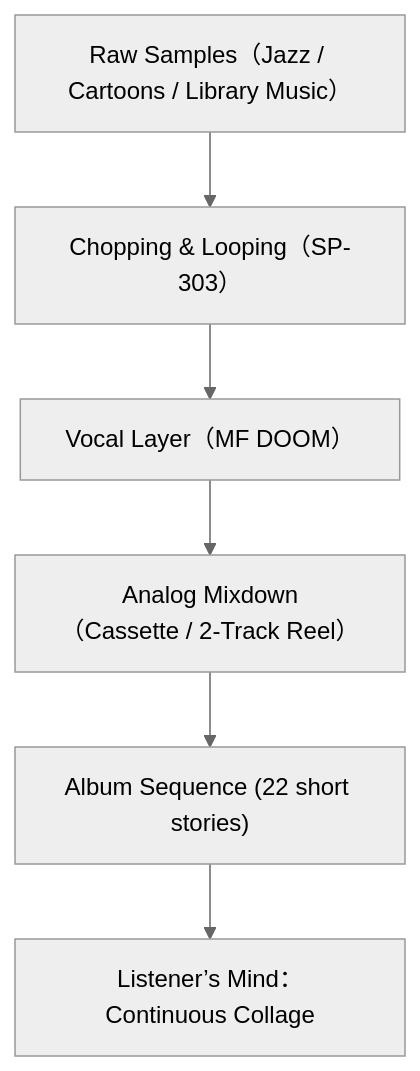
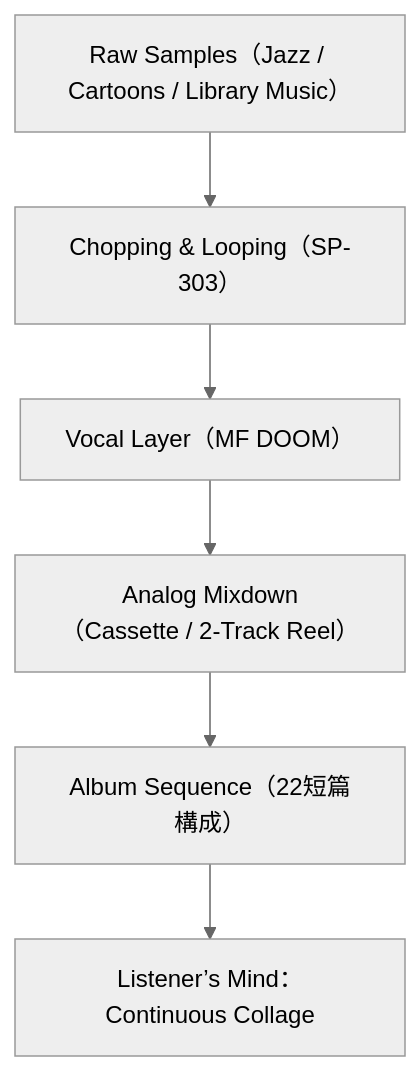
One commit to monumental-movement/monumental-movement.github.io changed the second of 2 diagrams in en/_posts/2025-10-29-column-madvillain-madvillainy.md. Above: the diagram before and after it, drawn with Mermaid (neutral theme). The commit also changed other lines of this file and 2196 other files, not shown here.

```diff
--- a/en/_posts/2025-10-29-column-madvillain-madvillainy.md
+++ b/en/_posts/2025-10-29-column-madvillain-madvillainy.md
@@ -194,13 +193,13 @@
 <div class="mermaid">
 
 flowchart TD
     A["Raw Samples（Jazz / Cartoons / Library Music）"]
     B["Chopping & Looping（SP-303）"]
     C["Vocal Layer（MF DOOM）"]
     D["Analog Mixdown（Cassette / 2-Track Reel）"]
-    E["Album Sequence (22 short stories)"]
+    E["Album Sequence（22短篇構成）"]
     F["Listener’s Mind：Continuous Collage"]
 
     A --> B --> C --> D --> E --> F
 
 </div>
```
